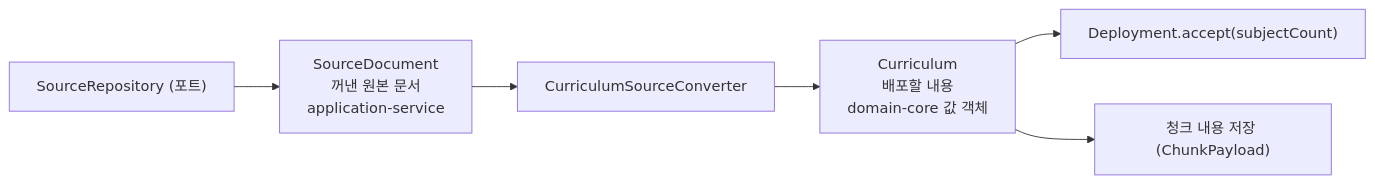
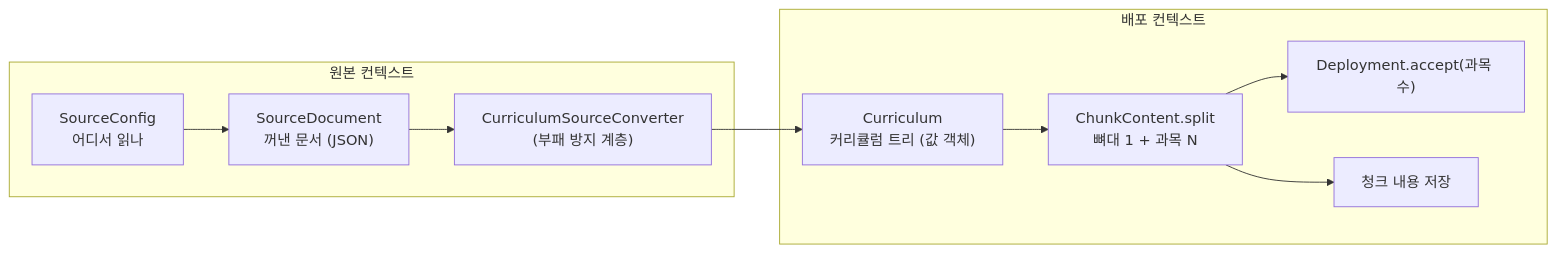
One commit to brunosong/transfersystem changed diagram 14 of 15 in docs/system/source-read.md. Above: the diagram before and after it, drawn with Mermaid. The commit also changed other lines of this file and 1 other file, not shown here.

Commit message:
원본은 커리큘럼 트리를 주고 배포가 청크로 나누도록 7장을 고친다

````diff
--- a/docs/system/source-read.md
+++ b/docs/system/source-read.md
@@ -474,8 +475,13 @@
 ```mermaid
 flowchart LR
-  P["SourceRepository (포트)"] --> D["SourceDocument<br/>꺼낸 원본 문서<br/>application-service"]
-  D --> CV["CurriculumSourceConverter"]
-  CV --> C["Curriculum<br/>배포할 내용<br/>domain-core 값 객체"]
-  C --> A["Deployment.accept(subjectCount)"]
-  C --> S["청크 내용 저장 (ChunkPayload)"]
+  subgraph SRC["원본 컨텍스트"]
+    CFG["SourceConfig<br/>어디서 읽나"] --> DOC["SourceDocument<br/>꺼낸 문서 (JSON)"]
+    DOC --> CV["CurriculumSourceConverter<br/>(부패 방지 계층)"]
+  end
+  CV --> CUR["Curriculum<br/>커리큘럼 트리 (값 객체)"]
+  subgraph DEP["배포 컨텍스트"]
+    CUR --> SP["ChunkContent.split<br/>뼈대 1 + 과목 N"]
+    SP --> ACC["Deployment.accept(과목 수)"]
+    SP --> PAY["청크 내용 저장"]
+  end
 ```
````
